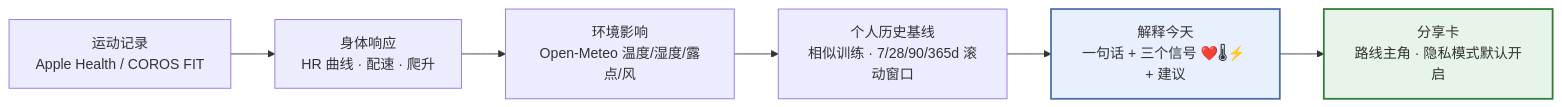
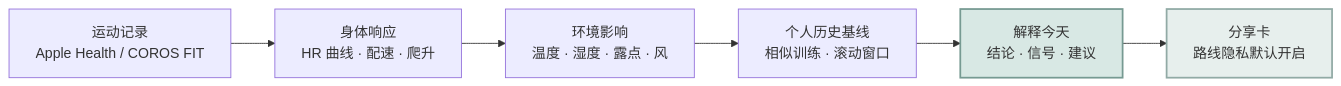
Before and after one commit to bor799/endurance-health-analyst: the diagram in README.md, drawn with Mermaid. The commit also changed other lines of this file, not shown here.

Commit message:
Refine the project story and visual language

````diff
--- a/README.md
+++ b/README.md
@@ -8,10 +7,10 @@
 ```mermaid
 flowchart LR
     A[运动记录<br/>Apple Health / COROS FIT] --> B[身体响应<br/>HR 曲线 · 配速 · 爬升]
-    B --> C[环境影响<br/>Open-Meteo 温度/湿度/露点/风]
-    C --> D[个人历史基线<br/>相似训练 · 7/28/90/365d 滚动窗口]
-    D --> E[解释今天<br/>一句话 + 三个信号 ❤️🌡⚡ + 建议]
-    E --> F[分享卡<br/>路线主角 · 隐私模式默认开启]
-    style E fill:#e8f0fe,stroke:#4a6fa5,stroke-width:2px
-    style F fill:#e6f4ea,stroke:#2e7d32,stroke-width:2px
+    B --> C[环境影响<br/>温度 · 湿度 · 露点 · 风]
+    C --> D[个人历史基线<br/>相似训练 · 滚动窗口]
+    D --> E[解释今天<br/>结论 · 信号 · 建议]
+    E --> F[分享卡<br/>路线隐私默认开启]
+    style E fill:#D8E8E4,stroke:#769A92,stroke-width:2px
+    style F fill:#E7EFED,stroke:#91AAA5,stroke-width:2px
 ```
````
